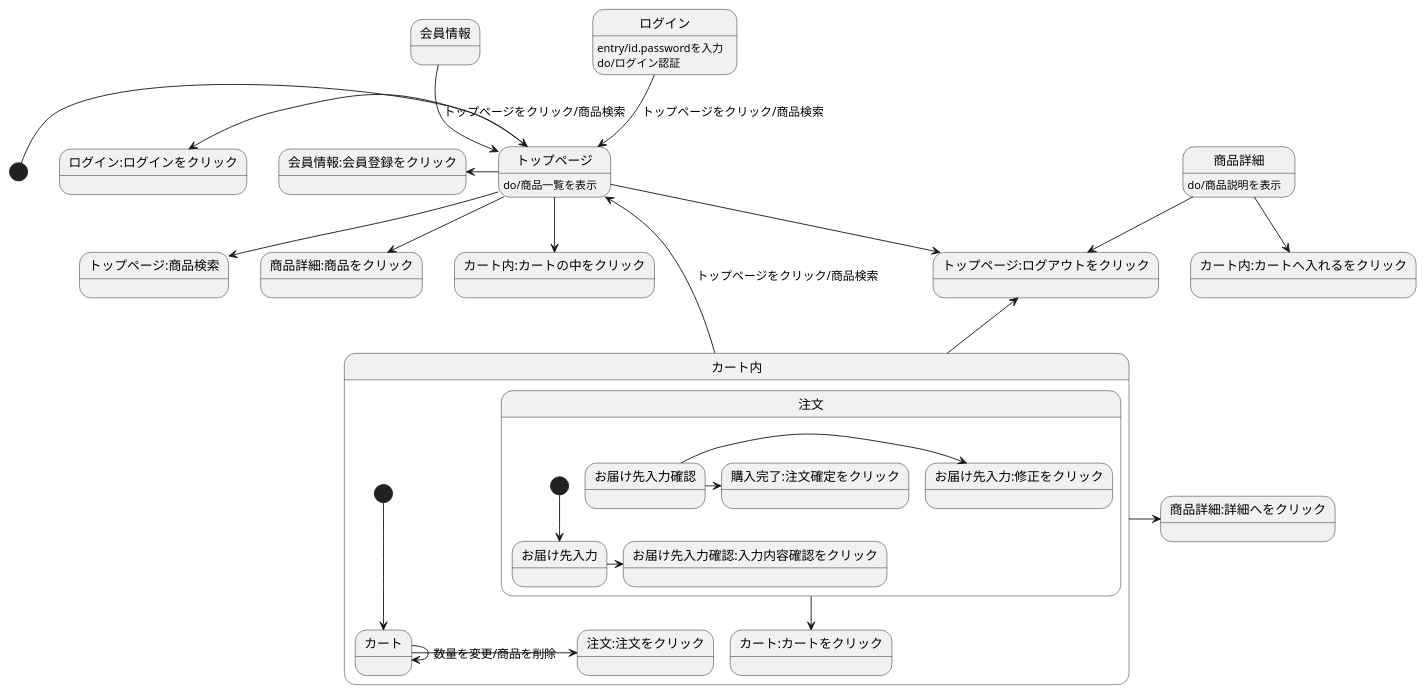
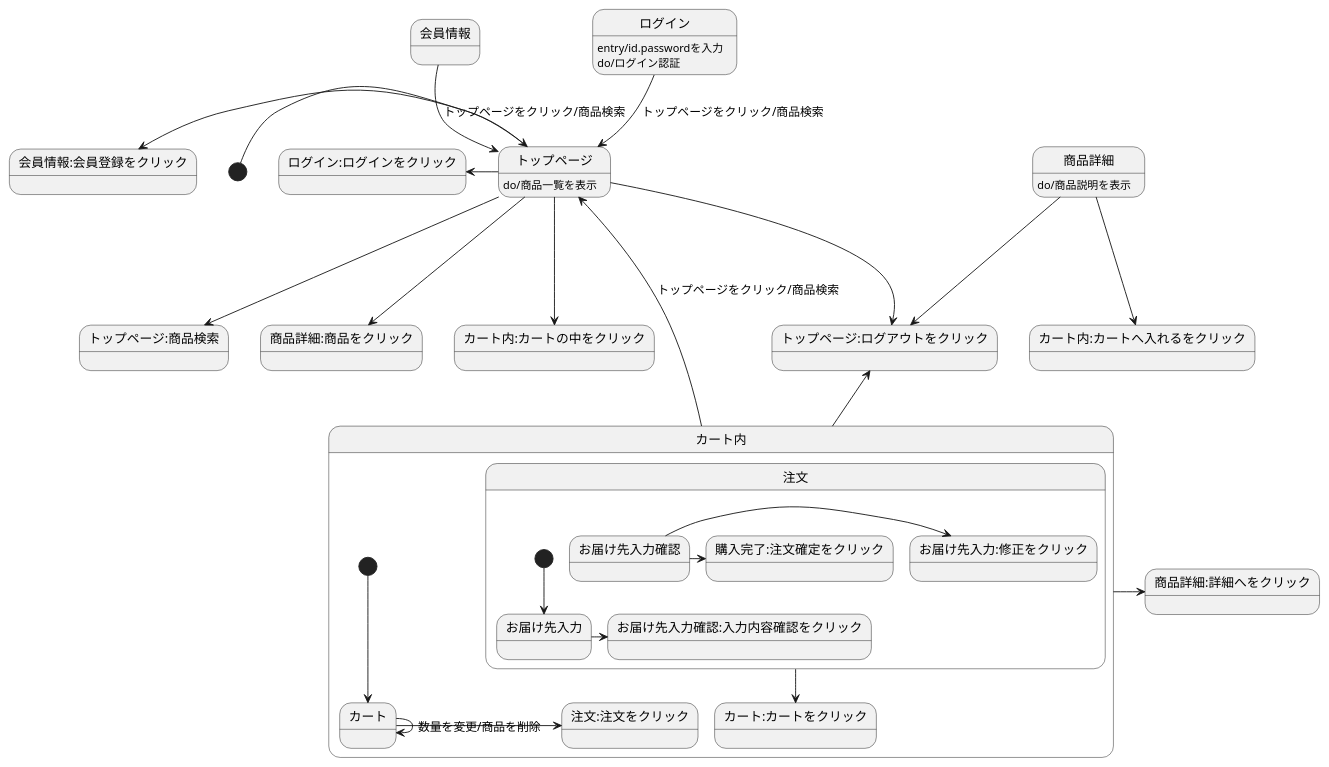
Before and after one commit to Aso2001011/2021sys-design: the diagram in gamenheni.md, drawn with PlantUML.

````diff
--- a/gamenheni.md
+++ b/gamenheni.md
@@ -1,36 +1,36 @@
 ```uml
 @startuml
 [*] ->トップページ
 会員情報 --> トップページ:トップページをクリック/商品検索
 ログイン --> トップページ:トップページをクリック/商品検索
 ログイン:entry/id.passwordを入力
 ログイン:do/ログイン認証
-トップページ --> トップページ:ログアウトをクリック
-トップページ --> トップページ:商品検索
-トップページ --> 商品詳細:商品をクリック
+トップページ ---> トップページ:ログアウトをクリック
+トップページ ---> トップページ:商品検索
+トップページ ---> 商品詳細:商品をクリック
 トップページ -left-> 会員情報:会員登録をクリック
 トップページ -left-> ログイン:ログインをクリック
-トップページ  --> カート内:カートの中をクリック
+トップページ  ---> カート内:カートの中をクリック
 トップページ:do/商品一覧を表示
-商品詳細 --> カート内:カートへ入れるをクリック
-商品詳細 --> トップページ:ログアウトをクリック
+商品詳細 ---> カート内:カートへ入れるをクリック
+商品詳細 ---> トップページ:ログアウトをクリック
 商品詳細:do/商品説明を表示
 カート内 -up-> トップページ:トップページをクリック/商品検索
 カート内 -up-> トップページ:ログアウトをクリック
 カート内 -> 商品詳細:詳細へをクリック
 
 state カート内{
   [*] --> カート
   カート -> 注文:注文をクリック
   カート -> カート:数量を変更/商品を削除
   注文 --> カート:カートをクリック
   state 注文 {
     [*] --> お届け先入力
     お届け先入力 -> お届け先入力確認:入力内容確認をクリック
     お届け先入力確認 -> お届け先入力:修正をクリック
     お届け先入力確認 -> 購入完了:注文確定をクリック
   }
 }
 
 @enduml
 ```
````
